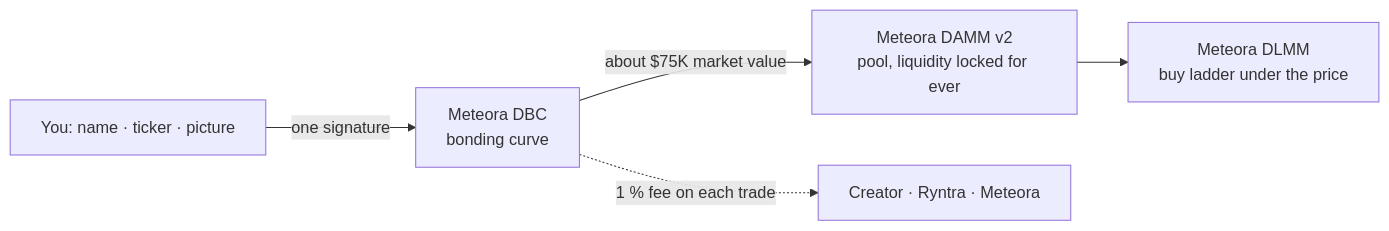
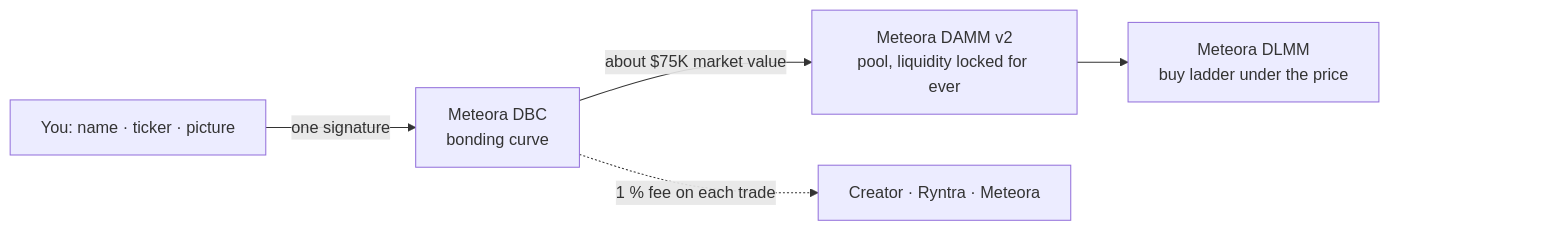
The fifth of 14 diagrams in LEARN.md (ryntra-io/ryntra-solana), drawn with Mermaid before and after one commit. The commit also changed other lines of this file and 1717 other files, not shown here.

````diff
--- a/LEARN.md
+++ b/LEARN.md
@@ -223,7 +233,10 @@
 ```mermaid
 flowchart LR
   A["You: name · ticker · picture"] -->|one signature| B["Meteora DBC<br/>bonding curve"]
   B -->|"about $75K market value"| C["Meteora DAMM v2<br/>pool, liquidity locked for ever"]
   C --> D["Meteora DLMM<br/>buy ladder under the price"]
   B -. "1 % fee on each trade" .-> E["Creator · Ryntra · Meteora"]
+  %% An empty block: GitHub draws its pan and zoom buttons over a diagram's bottom right corner.
+  D ~~~ room["#8195;#8195;#8195;#8195;"]
+  style room fill:none,stroke:none
 ```
````
